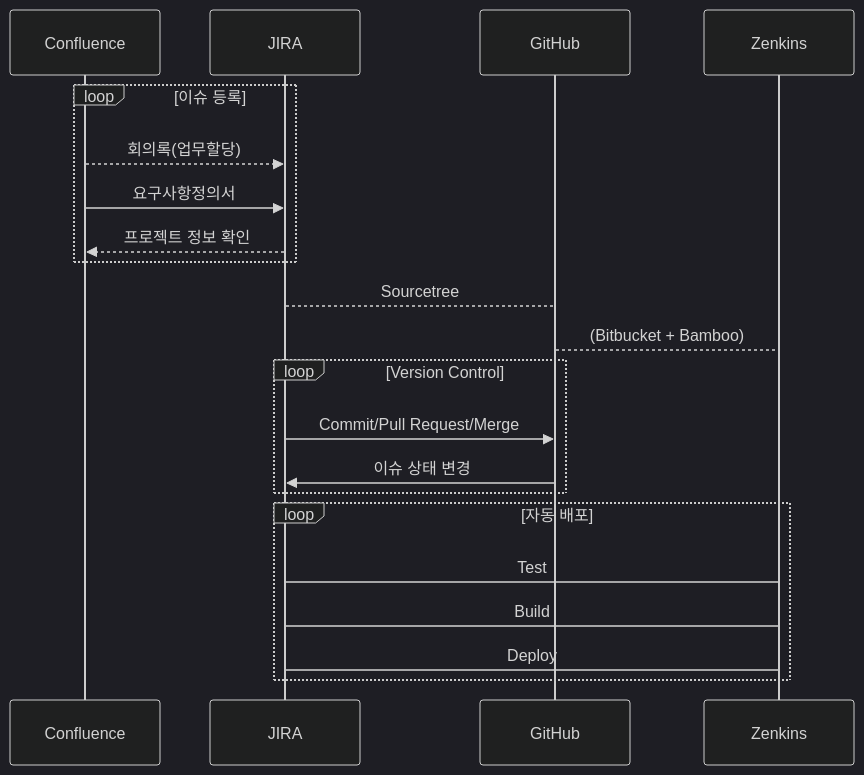
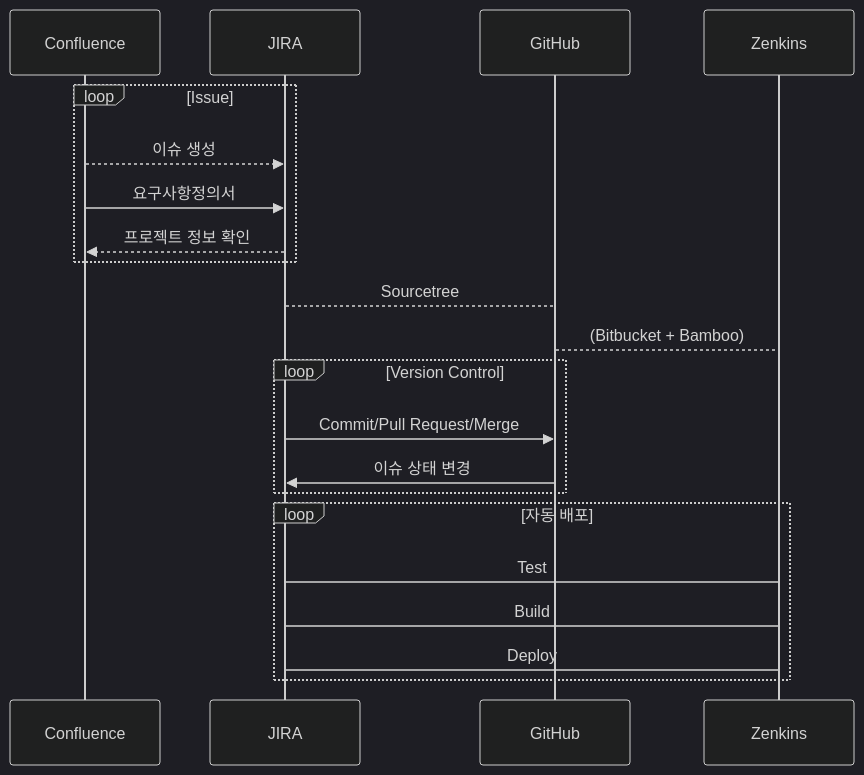
The second of 2 diagrams in _posts/2018-07-16-jira-confluence.md (jlblog/jlblog.github.io), drawn with Mermaid (dark theme) before and after one commit. The commit also changed other lines of this file, not shown here.

Commit message:
edit content

```diff
--- a/_posts/2018-07-16-jira-confluence.md
+++ b/_posts/2018-07-16-jira-confluence.md
@@ -87,23 +88,23 @@
 <div class="mermaid" style="text-align:center;">
 sequenceDiagram
     participant Confluence
     participant JIRA
     participant GitHub
     participant Zenkins
-    loop 이슈 등록
-        Confluence-->>JIRA: 회의록(업무할당)
+    loop Issue
+        Confluence-->>JIRA: 이슈 생성
         Confluence->>JIRA: 요구사항정의서
         JIRA-->>Confluence: 프로젝트 정보 확인
     end
     JIRA-->GitHub: Sourcetree
     GitHub-->Zenkins: (Bitbucket + Bamboo)    
     loop Version Control
         JIRA->>GitHub: Commit/Pull Request/Merge
         GitHub->>JIRA: 이슈 상태 변경                  
     end    
     loop 자동 배포
         JIRA->Zenkins: Test
         JIRA->Zenkins: Build
         JIRA->Zenkins: Deploy
     end 
 </div>
```
